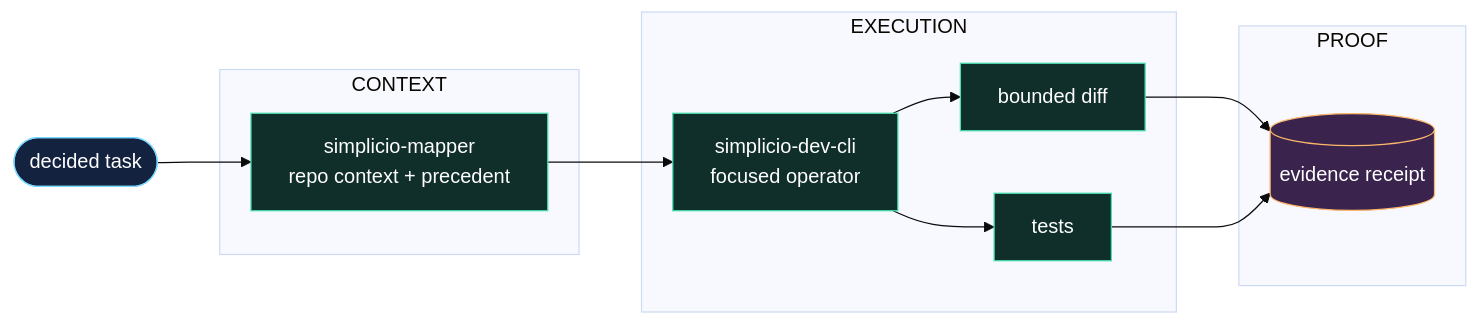
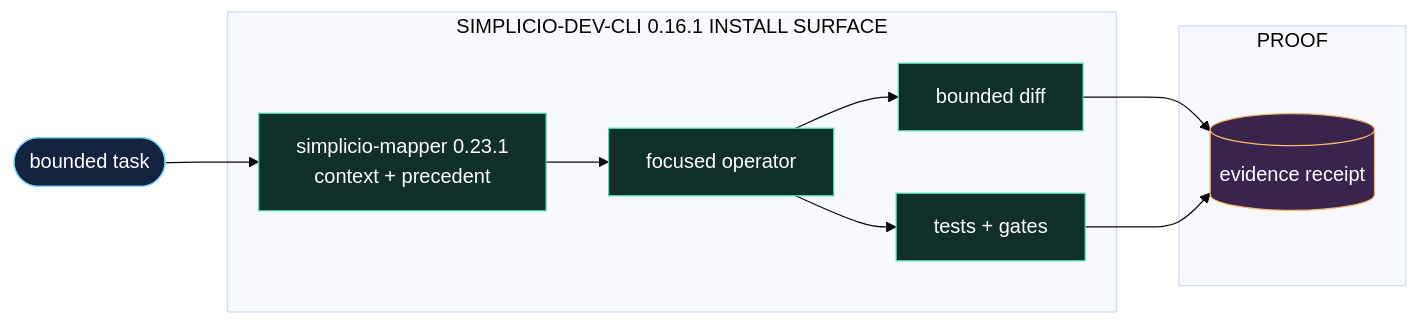
One commit to simpletibr/simplicio-loop changed the diagram in README.md. Above: the diagram before and after it, drawn with Mermaid (base theme). The commit also changed 16 other files, not shown here.

First line of the commit message:
docs: refresh Mermaid stack maps (#198)

````diff
--- a/README.md
+++ b/README.md
@@ -70,26 +70,24 @@
 ```mermaid
 flowchart LR
-  task(["decided task"])
-  subgraph context["CONTEXT"]
-    mapper["simplicio-mapper<br/>repo context + precedent"]
-  end
-  subgraph execution["EXECUTION"]
-    operator["simplicio-dev-cli<br/>focused operator"]
+  task(["bounded task"])
+  subgraph install["SIMPLICIO-DEV-CLI 0.16.1 INSTALL SURFACE"]
+    mapper["simplicio-mapper 0.23.1<br/>context + precedent"]
+    operator["focused operator"]
     diff["bounded diff"]
-    tests["tests"]
+    tests["tests + gates"]
   end
   subgraph proof["PROOF"]
     receipt[("evidence receipt")]
   end
   task --> mapper --> operator
   operator --> diff
   operator --> tests
   diff --> receipt
   tests --> receipt
   classDef input fill:#13233f,stroke:#79d8ff,color:#ffffff
   classDef action fill:#102e2a,stroke:#48e0ae,color:#ffffff
   classDef proofNode fill:#3a244e,stroke:#ffb86b,color:#ffffff
   class task input
   class mapper,operator,diff,tests action
   class receipt proofNode
 ```
````
